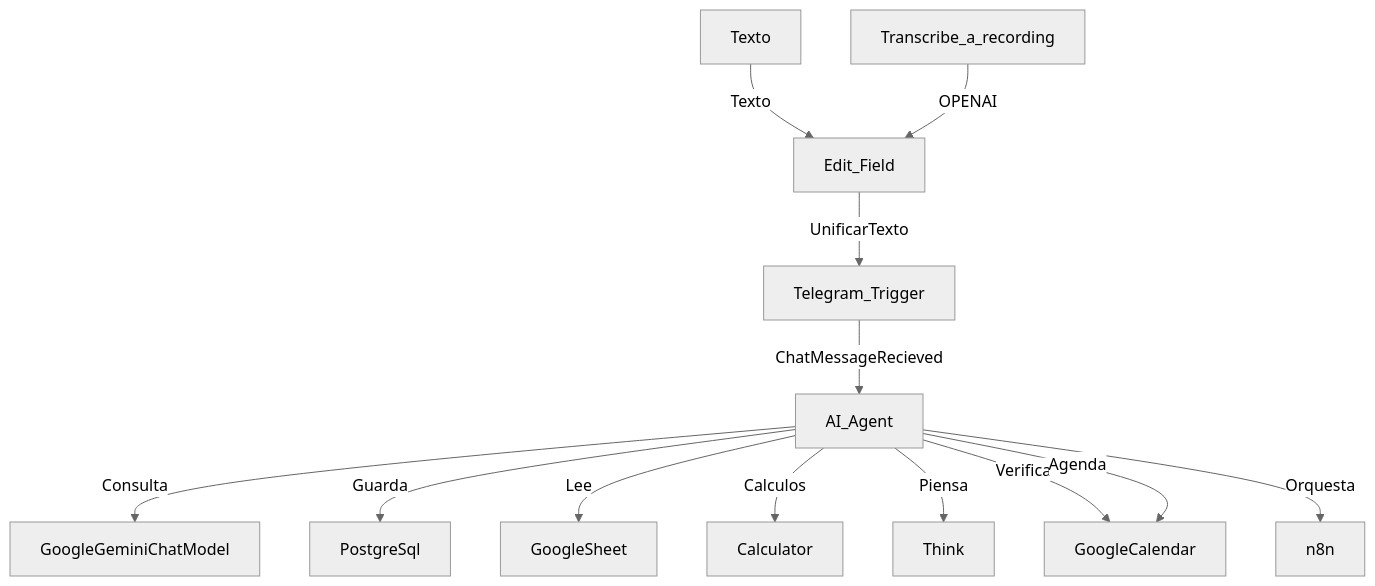
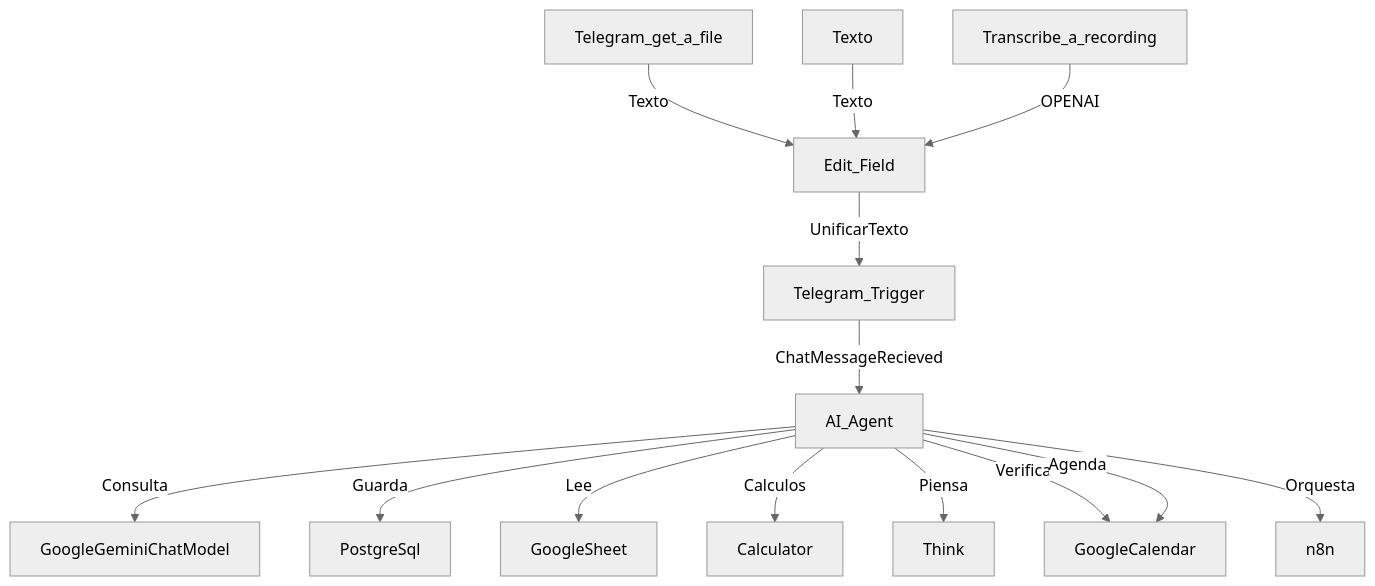
Before and after one commit to liusvani/ia-agent-n8n-telegram: the diagram in README.md, drawn with Mermaid (neutral theme).

Commit message:
README.md

````diff
--- a/README.md
+++ b/README.md
@@ -25,15 +25,16 @@
 ```mermaid
-graph TD
+graph TD   
+    Telegram_get_a_file -->|Texto| Edit_Field 
     Texto -->|Texto| Edit_Field
     Transcribe_a_recording -->|OPENAI| Edit_Field
     Edit_Field -->|UnificarTexto| Telegram_Trigger
     Telegram_Trigger -->|ChatMessageRecieved| AI_Agent
     AI_Agent -->|Consulta| GoogleGeminiChatModel
     AI_Agent -->|Guarda| PostgreSql
     AI_Agent -->|Lee| GoogleSheet
     AI_Agent -->|Calculos| Calculator
     AI_Agent -->|Piensa| Think
     AI_Agent -->|Verifica| GoogleCalendar
     AI_Agent -->|Agenda| GoogleCalendar    
     AI_Agent -->|Orquesta| n8n
 ```
````
